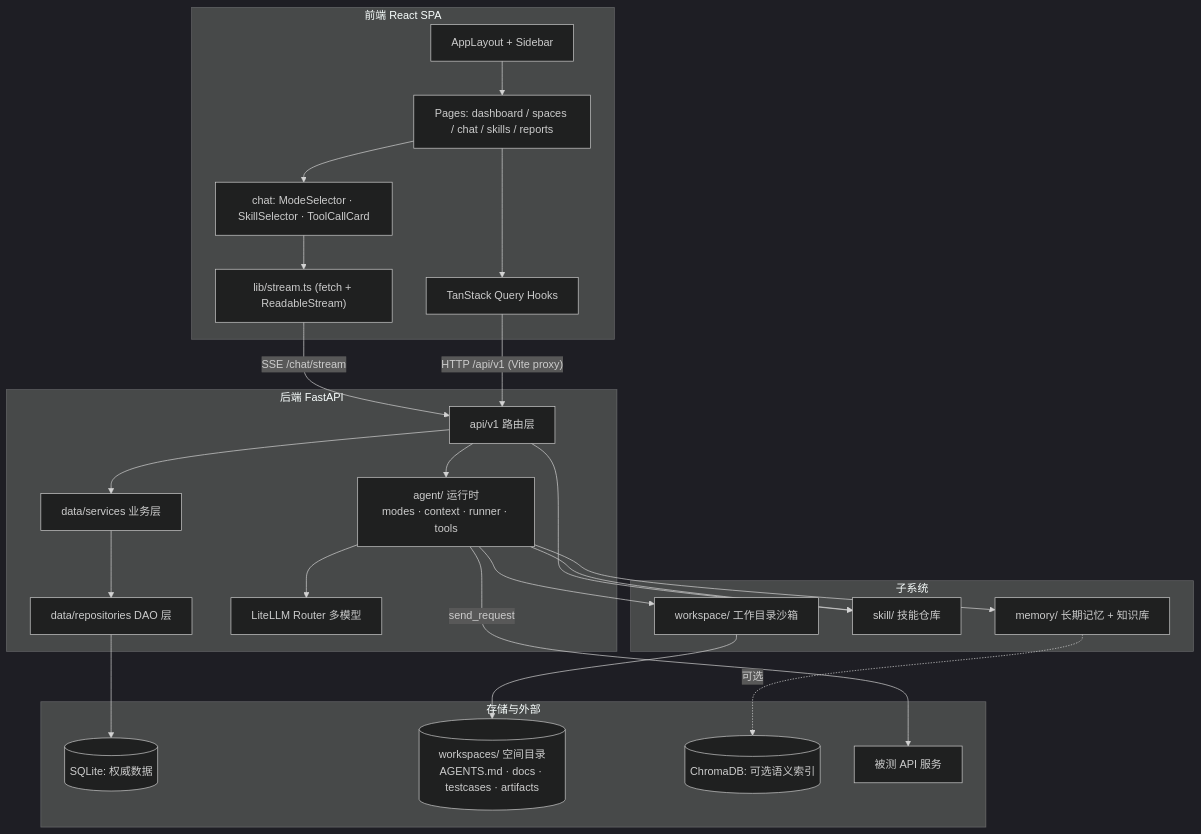
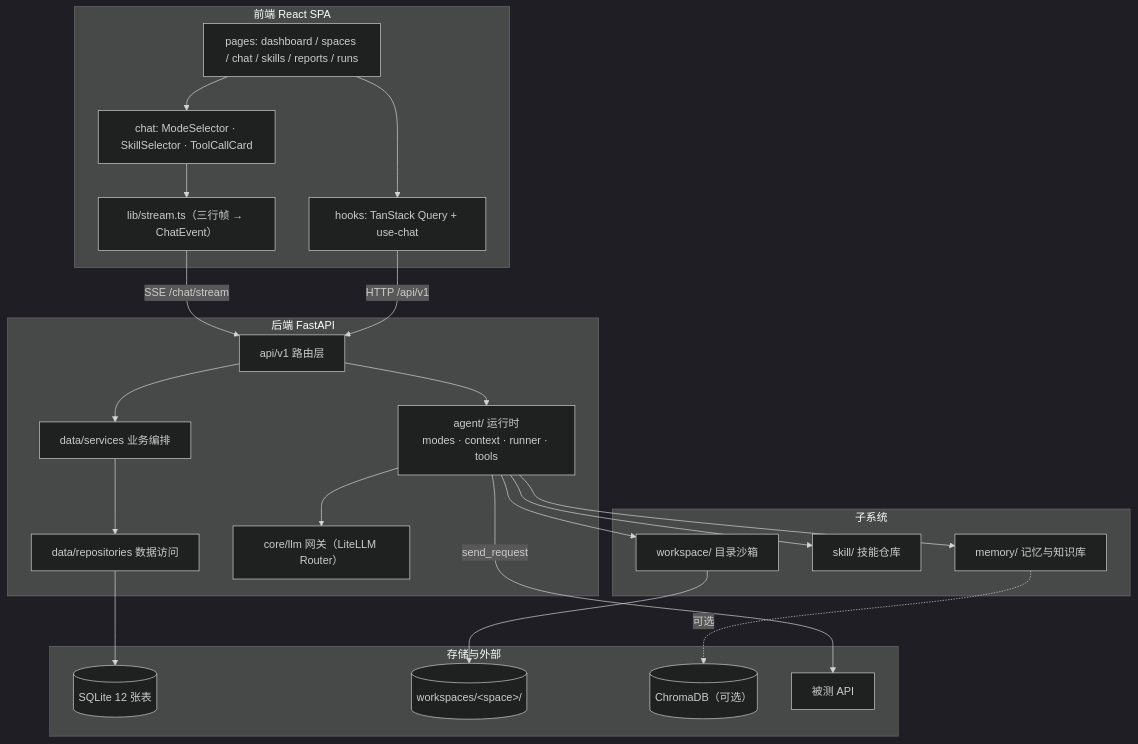
The first of 2 diagrams in doc/design/Architecture.md (cmrhyq/TestAgents), drawn with Mermaid (dark theme) before and after one commit. The commit also changed other lines of this file and 20 other files, not shown here.

````diff
--- a/doc/design/Architecture.md
+++ b/doc/design/Architecture.md
@@ -35,47 +35,43 @@
 ```mermaid
 flowchart TB
-  subgraph FE [前端 React SPA]
-    layout[AppLayout + Sidebar]
-    pages["Pages: dashboard / spaces / chat / skills / reports"]
-    chatui["chat: ModeSelector · SkillSelector · ToolCallCard"]
-    hooks[TanStack Query Hooks]
-    sse["lib/stream.ts (fetch + ReadableStream)"]
-    layout --> pages --> hooks
-    pages --> chatui --> sse
+  subgraph FE["前端 React SPA"]
+    pages["pages: dashboard / spaces / chat / skills / reports / runs"]
+    chat["chat: ModeSelector · SkillSelector · ToolCallCard"]
+    hooks["hooks: TanStack Query + use-chat"]
+    sse["lib/stream.ts（三行帧 → ChatEvent）"]
+    pages --> hooks
+    pages --> chat --> sse
   end
 
-  subgraph BE [后端 FastAPI]
-    api[api/v1 路由层]
-    services[data/services 业务层]
-    repos[data/repositories DAO 层]
+  subgraph BE["后端 FastAPI"]
+    api["api/v1 路由层"]
+    services["data/services 业务编排"]
+    repos["data/repositories 数据访问"]
     agent["agent/ 运行时<br/>modes · context · runner · tools"]
-    llm[LiteLLM Router 多模型]
+    llm["core/llm 网关（LiteLLM Router）"]
     api --> services --> repos
-    api --> agent
-    agent --> llm
+    api --> agent --> llm
   end
 
-  subgraph SUB [子系统]
-    ws["workspace/ 工作目录沙箱"]
+  subgraph SUB["子系统"]
+    ws["workspace/ 目录沙箱"]
     skill["skill/ 技能仓库"]
-    mem["memory/ 长期记忆 + 知识库"]
+    mem["memory/ 记忆与知识库"]
   end
 
-  subgraph STORE [存储与外部]
-    sqlite[(SQLite: 权威数据)]
-    fs[("workspaces/ 空间目录<br/>AGENTS.md · docs · testcases · artifacts")]
-    chroma[(ChromaDB: 可选语义索引)]
-    target[被测 API 服务]
+  subgraph STORE["存储与外部"]
+    sqlite[("SQLite 12 张表")]
+    fs[("workspaces/&lt;space&gt;/")]
+    chroma[("ChromaDB（可选）")]
+    target["被测 API"]
   end
 
-  hooks -->|"HTTP /api/v1 (Vite proxy)"| api
+  hooks -->|"HTTP /api/v1"| api
   sse -->|"SSE /chat/stream"| api
   repos --> sqlite
-  agent --> ws
+  agent --> ws --> fs
   agent --> skill
   agent --> mem
-  ws --> fs
-  api --> skill
   mem -.可选.-> chroma
   agent -->|"send_request"| target
 ```
````
